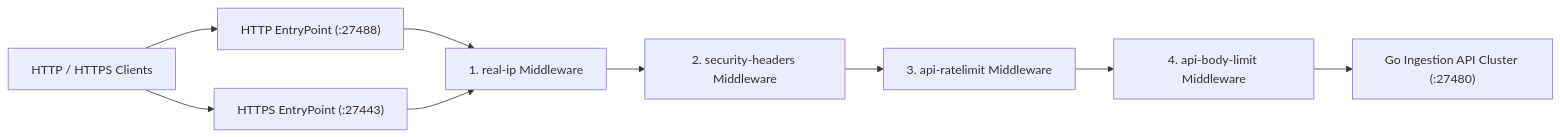
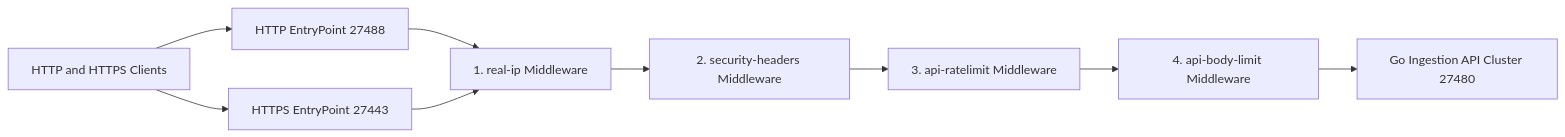
One commit to Chief-Strategist-J/messaging-pipeline changed the first of 5 diagrams in README.md. Above: the diagram before and after it, drawn with Mermaid. The commit also changed other lines of this file, not shown here.

Commit message:
fix: resolve GitHub Mermaid parser error by removing parens from arrow labels

````diff
--- a/README.md
+++ b/README.md
@@ -13,20 +13,20 @@
 ```mermaid
 flowchart LR
-    Client["HTTP / HTTPS Clients"]
-    EntryHTTP["HTTP EntryPoint (:27488)"]
-    EntryHTTPS["HTTPS EntryPoint (:27443)"]
+    Client["HTTP and HTTPS Clients"]
+    EntryHTTP["HTTP EntryPoint 27488"]
+    EntryHTTPS["HTTPS EntryPoint 27443"]
     RealIP["1. real-ip Middleware"]
     SecHead["2. security-headers Middleware"]
     RateLim["3. api-ratelimit Middleware"]
     BodyLim["4. api-body-limit Middleware"]
-    IngestionAPI["Go Ingestion API Cluster (:27480)"]
+    IngestionAPI["Go Ingestion API Cluster 27480"]
 
     Client --> EntryHTTP
     Client --> EntryHTTPS
     EntryHTTP --> RealIP
     EntryHTTPS --> RealIP
     RealIP --> SecHead
     SecHead --> RateLim
     RateLim --> BodyLim
     BodyLim --> IngestionAPI
 ```
````
